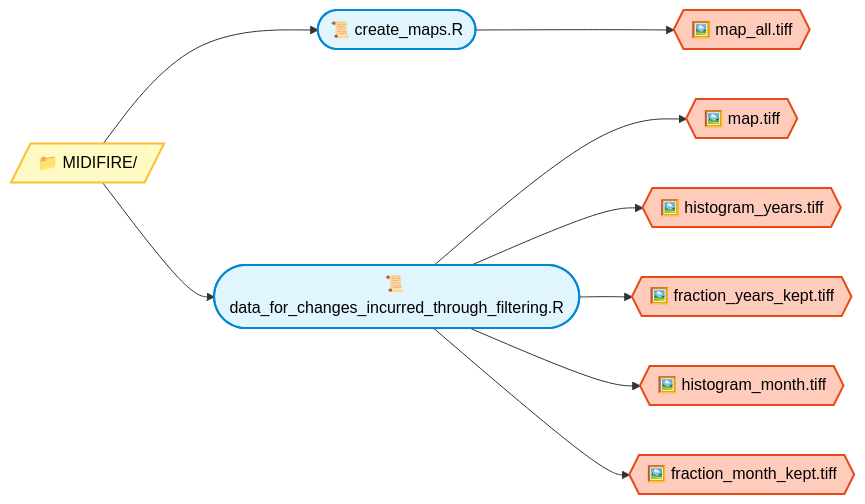
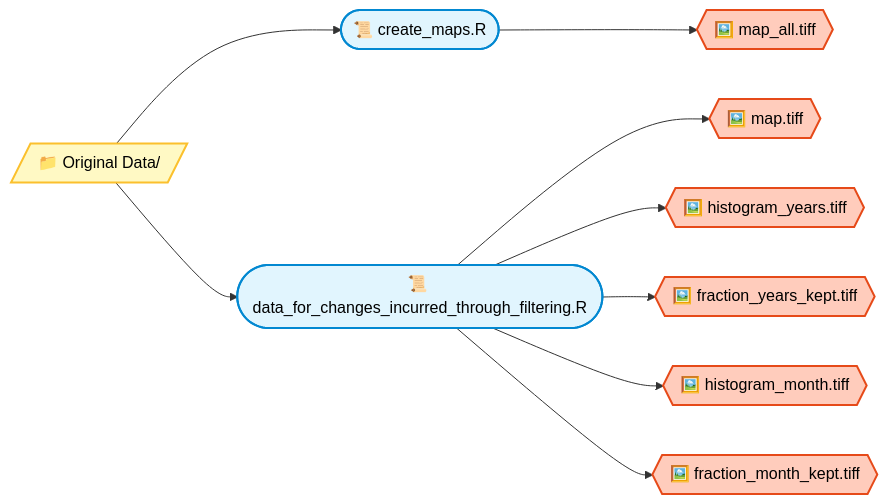
One commit to JonJup/FreshwaterTypologyBenchmarks changed the third of 3 diagrams in docs/04_results_to_paper.md. Above: the diagram before and after it, drawn with Mermaid. The commit also changed other lines of this file, not shown here.

````diff
--- a/docs/04_results_to_paper.md
+++ b/docs/04_results_to_paper.md
@@ -220,35 +175,35 @@
 ``` mermaid
 flowchart LR
 
 classDef script fill:#E1F5FE,stroke:#0288D1,stroke-width:2px,color:#000
 classDef helper fill:#F3E5F5,stroke:#7B1FA2,stroke-width:2px,color:#000
 classDef file fill:#E8F5E9,stroke:#388E3C,stroke-width:2px,color:#000
 classDef folder fill:#FFF9C4,stroke:#FBC02D,stroke-width:2px,color:#000
 classDef figure fill:#FFCCBC,stroke:#E64A19,stroke-width:2px,color:#000
 
 %% Folders
-D1[/"📁 MIDIFIRE/"/]:::folder
+D1[/"📁 Original Data/"/]:::folder
 
 %% Scripts
 SF1(["📜 create_maps.R"]):::script
 SF2(["📜 data_for_changes_incurred_through_filtering.R"]):::script
 
 %% Figures
 G1{{"🖼️ map_all.tiff"}}:::figure
 G2{{"🖼️ map.tiff"}}:::figure
 G3{{"🖼️ histogram_years.tiff"}}:::figure
 G4{{"🖼️ fraction_years_kept.tiff"}}:::figure
 G5{{"🖼️ histogram_month.tiff"}}:::figure
 G6{{"🖼️ fraction_month_kept.tiff"}}:::figure
 
 %% Edges
 D1 --> SF1
 D1 --> SF2
 
 SF1 --> G1
 SF2 --> G2
 SF2 --> G3
 SF2 --> G4
 SF2 --> G5
 SF2 --> G6
 ```
````
